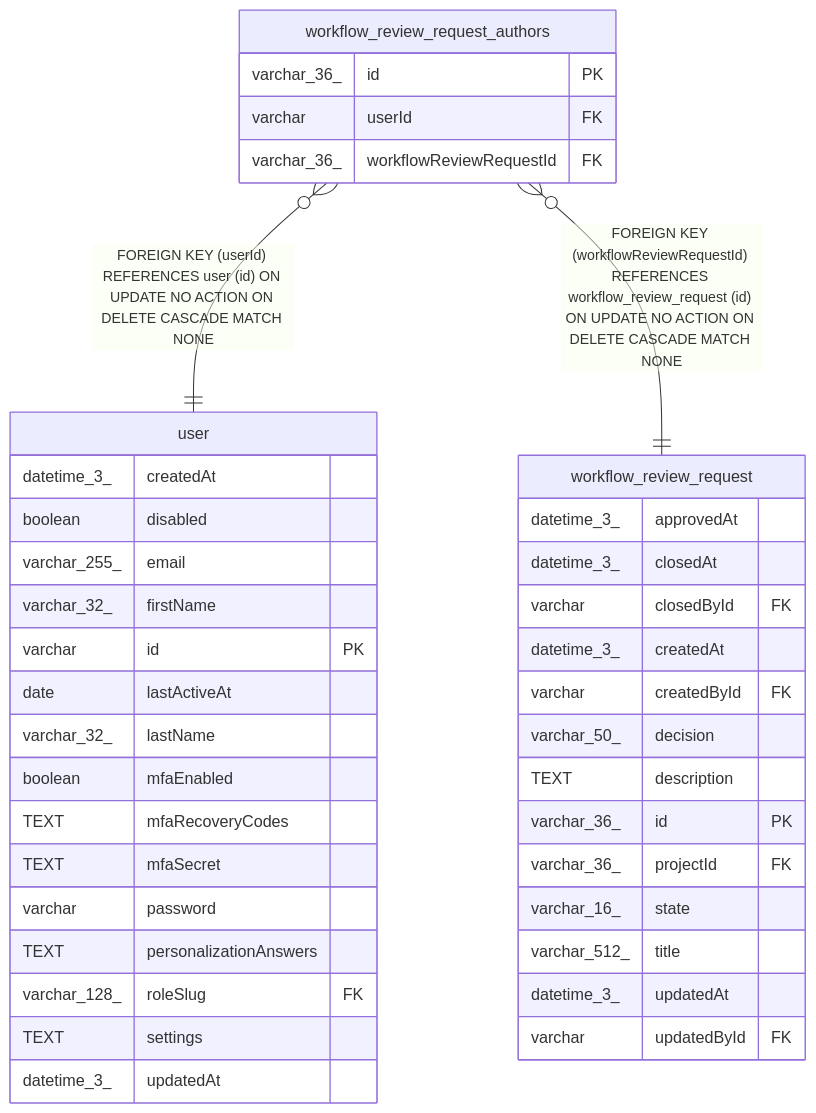
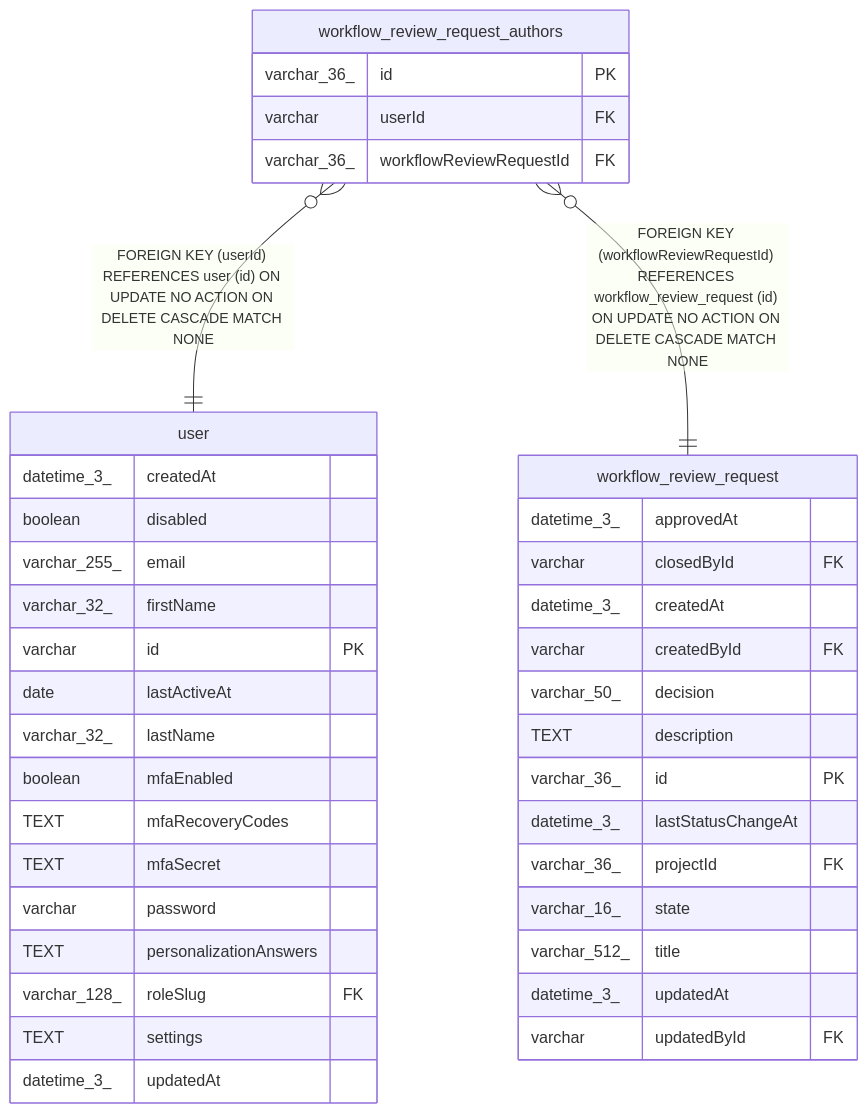
Before and after one commit to mayankjain1815-commits/n8n: the diagram in docs/generated/sqlite-schema/workflow_review_request_authors.md, drawn with Mermaid. The commit also changed 20 other files, not shown here.

First line of the commit message:
feat(core): Refactor workflow review request schema and related entities

````diff
--- a/docs/generated/sqlite-schema/workflow_review_request_authors.md
+++ b/docs/generated/sqlite-schema/workflow_review_request_authors.md
@@ -40,44 +40,44 @@
 ```mermaid
 erDiagram
 
 "workflow_review_request_authors" }o--|| "user" : "FOREIGN KEY (userId) REFERENCES user (id) ON UPDATE NO ACTION ON DELETE CASCADE MATCH NONE"
 "workflow_review_request_authors" }o--|| "workflow_review_request" : "FOREIGN KEY (workflowReviewRequestId) REFERENCES workflow_review_request (id) ON UPDATE NO ACTION ON DELETE CASCADE MATCH NONE"
 
 "workflow_review_request_authors" {
   varchar_36_ id PK
   varchar userId FK
   varchar_36_ workflowReviewRequestId FK
 }
 "user" {
   datetime_3_ createdAt
   boolean disabled
   varchar_255_ email
   varchar_32_ firstName
   varchar id PK
   date lastActiveAt
   varchar_32_ lastName
   boolean mfaEnabled
   TEXT mfaRecoveryCodes
   TEXT mfaSecret
   varchar password
   TEXT personalizationAnswers
   varchar_128_ roleSlug FK
   TEXT settings
   datetime_3_ updatedAt
 }
 "workflow_review_request" {
   datetime_3_ approvedAt
-  datetime_3_ closedAt
   varchar closedById FK
   datetime_3_ createdAt
   varchar createdById FK
   varchar_50_ decision
   TEXT description
   varchar_36_ id PK
+  datetime_3_ lastStatusChangeAt
   varchar_36_ projectId FK
   varchar_16_ state
   varchar_512_ title
   datetime_3_ updatedAt
   varchar updatedById FK
 }
 ```
````
